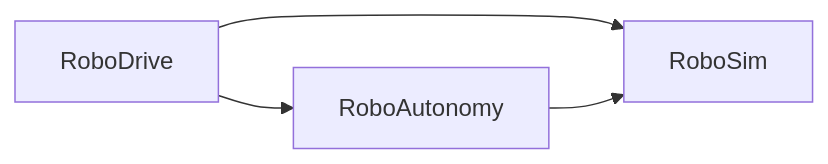
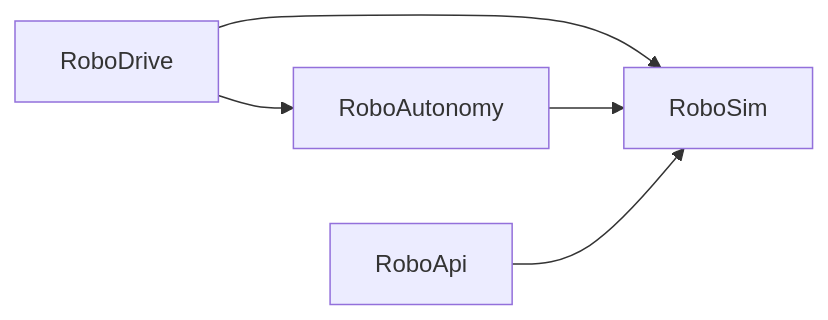
Before and after one commit to JoelAbe/RoboDrive: the diagram in README.md, drawn with Mermaid. The commit also changed other lines of this file and 8 other files, not shown here.

````diff
--- a/README.md
+++ b/README.md
@@ -48,6 +66,7 @@
 ```mermaid
 flowchart LR
     RoboDrive --> RoboAutonomy
     RoboDrive --> RoboSim
     RoboAutonomy --> RoboSim
+    RoboApi --> RoboSim
 ```
````
